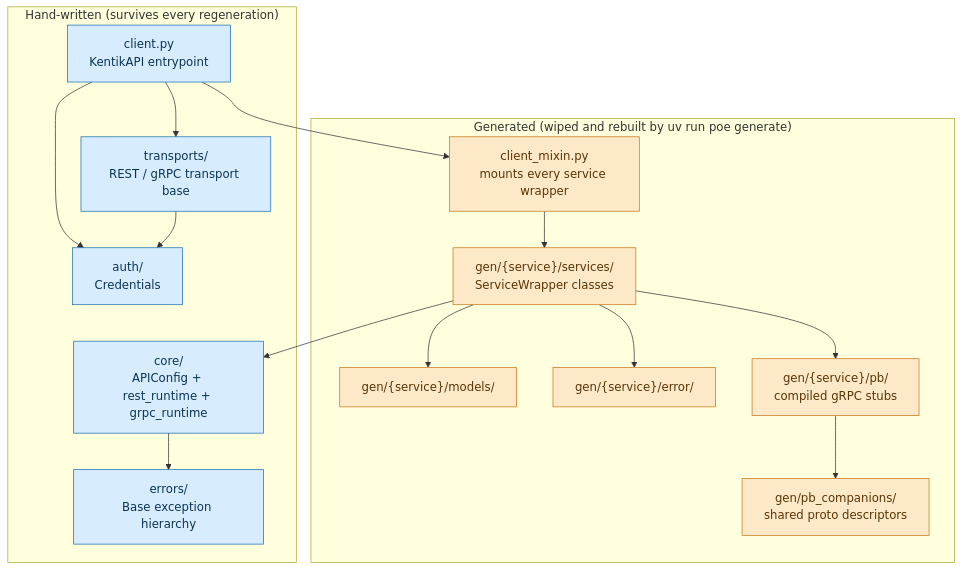
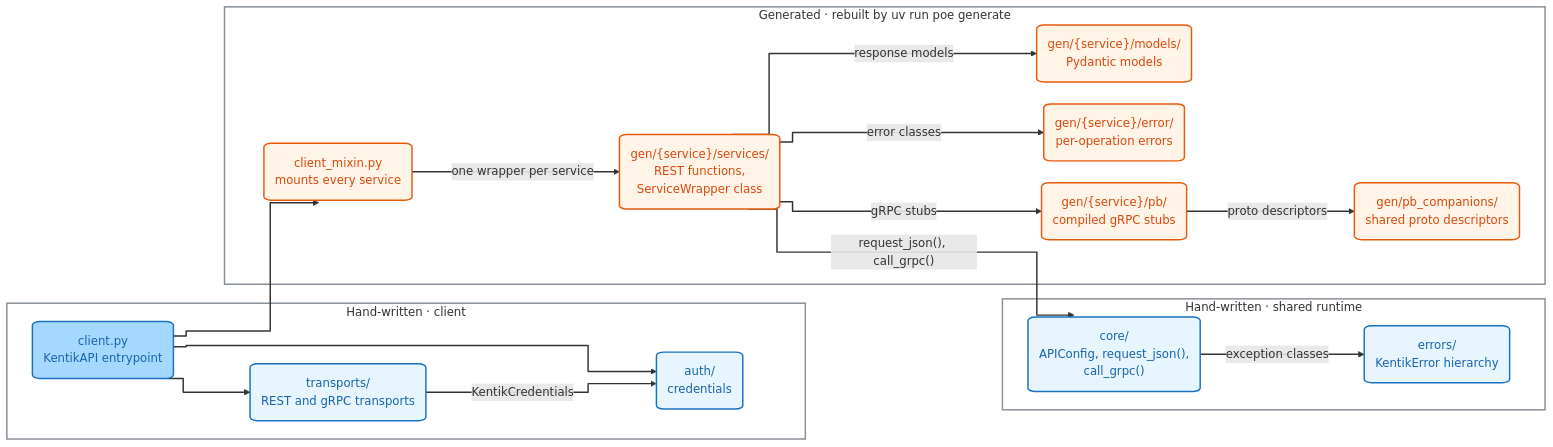
Before and after one commit to alexdearaujo/community_sdk_python: the diagram in README.md, drawn with Mermaid. The commit also changed other lines of this file and 129 other files, not shown here.

First line of the commit message:
docs: bring all hand-written and generated docs to the house style

````diff
--- a/README.md
+++ b/README.md
@@ -19,36 +20,52 @@
 ```mermaid
-flowchart TB
-    subgraph HW["Hand-written (survives every regeneration)"]
-        Client["client.py<br/>KentikAPI entrypoint"]
-        Auth["auth/<br/>Credentials"]
-        Core["core/<br/>APIConfig + rest_runtime + grpc_runtime"]
-        Errors["errors/<br/>Base exception hierarchy"]
-        Transports["transports/<br/>REST / gRPC transport base"]
-    end
+%%{init: {"fontFamily": "ui-monospace, SFMono-Regular, Menlo, monospace", "flowchart": {"curve": "step", "nodeSpacing": 30, "rankSpacing": 70, "wrappingWidth": 400}}}%%
+flowchart LR
+  subgraph hwc["Hand-written · client"]
+    client("client.py<br/>KentikAPI entrypoint"):::blueSrc
+    transports("transports/<br/>REST and gRPC transports"):::blue
+    auth("auth/<br/>credentials"):::blue
+  end
 
-    subgraph GEN["Generated (wiped and rebuilt by uv run poe generate)"]
-        Mixin["client_mixin.py<br/>mounts every service wrapper"]
-        Wrappers["gen/{service}/services/<br/>ServiceWrapper classes"]
-        Models["gen/{service}/models/"]
-        GenErrors["gen/{service}/error/"]
-        Pb["gen/{service}/pb/<br/>compiled gRPC stubs"]
-        Companions["gen/pb_companions/<br/>shared proto descriptors"]
-    end
+  subgraph gen["Generated · rebuilt by uv run poe generate"]
+    mixin("client_mixin.py<br/>mounts every service"):::orange
+    wrappers("gen/{service}/services/<br/>REST functions,<br/>ServiceWrapper class"):::orange
+    models("gen/{service}/models/<br/>Pydantic models"):::orange
+    generr("gen/{service}/error/<br/>per-operation errors"):::orange
+    pb("gen/{service}/pb/<br/>compiled gRPC stubs"):::orange
+    comp("gen/pb_companions/<br/>shared proto descriptors"):::orange
+  end
 
-    Client --> Mixin
-    Client --> Auth
-    Client --> Transports
-    Mixin --> Wrappers
-    Wrappers --> Models
-    Wrappers --> Core
-    Wrappers --> GenErrors
-    Wrappers --> Pb
-    Pb --> Companions
-    Core --> Errors
-    Transports --> Auth
+  subgraph hwr["Hand-written · shared runtime"]
+    core("core/<br/>APIConfig, request_json(),<br/>call_grpc()"):::blue
+    errors("errors/<br/>KentikError hierarchy"):::blue
+  end
 
-    classDef handwritten fill:#d7ecff,stroke:#1c6fb0,color:#0b3554
-    classDef generated fill:#fde9c8,stroke:#c8791a,color:#5a3506
-    class Client,Auth,Core,Errors,Transports handwritten
-    class Mixin,Wrappers,Models,GenErrors,Pb,Companions generated
+  client --> mixin
+  client --> transports
+  client --> auth
+  transports -->|"KentikCredentials"| auth
+  mixin -->|"one wrapper per service"| wrappers
+  wrappers -->|"response models"| models
+  wrappers -->|"error classes"| generr
+  wrappers -->|"gRPC stubs"| pb
+  pb -->|"proto descriptors"| comp
+  wrappers -->|"request_json(), call_grpc()"| core
+  core -->|"exception classes"| errors
+
+  click client "src/kentik_api/client.py"
+  click transports "src/kentik_api/transports/README.md"
+  click auth "src/kentik_api/auth/README.md"
+  click mixin "src/kentik_api/client_mixin.py"
+  click comp "src/kentik_api/gen/pb_companions/"
+  click core "src/kentik_api/core/README.md"
+  click errors "src/kentik_api/errors/README.md"
+
+  classDef blueSrc fill:#a5d8ff,stroke:#1971c2,color:#1864ab
+  classDef blue fill:#e7f5ff,stroke:#1971c2,color:#1864ab
+  classDef orange fill:#fff4e6,stroke:#e8590c,color:#d9480f
+  classDef blueSrc,blue,orange stroke-width:2px,rx:10px
+  style hwc fill:none,stroke:#868e96,stroke-width:2px
+  style gen fill:none,stroke:#868e96,stroke-width:2px
+  style hwr fill:none,stroke:#868e96,stroke-width:2px
+  linkStyle default stroke-width:2px,stroke-linecap:round,stroke-linejoin:round
 ```
````
